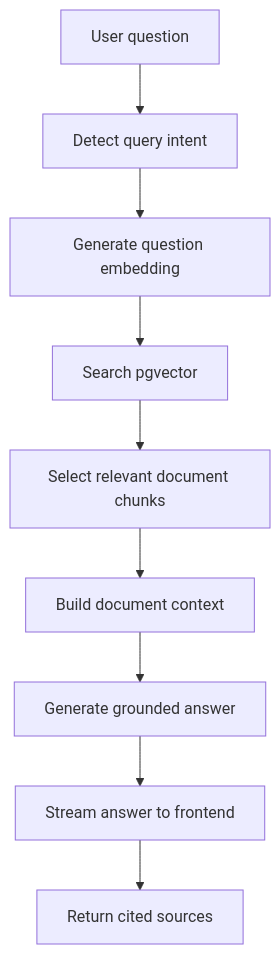
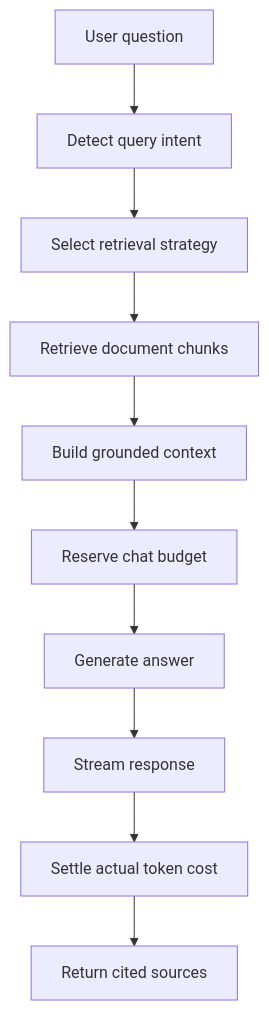
One commit to AraMatevosyan/ai-klowledge-base changed the third of 4 diagrams in README.md. Above: the diagram before and after it, drawn with Mermaid. The commit also changed other lines of this file, not shown here.

````diff
--- a/README.md
+++ b/README.md
@@ -173,11 +296,12 @@
 ```mermaid
 flowchart TD
     Question["User question"] --> Intent["Detect query intent"]
-    Intent --> QueryEmbedding["Generate question embedding"]
-    QueryEmbedding --> Search["Search pgvector"]
-    Search --> Retrieval["Select relevant document chunks"]
-    Retrieval --> Context["Build document context"]
-    Context --> LLM["Generate grounded answer"]
-    LLM --> Stream["Stream answer to frontend"]
-    Stream --> Sources["Return cited sources"]
+    Intent --> Retrieval["Select retrieval strategy"]
+    Retrieval --> Search["Retrieve document chunks"]
+    Search --> Context["Build grounded context"]
+    Context --> Reserve["Reserve chat budget"]
+    Reserve --> LLM["Generate answer"]
+    LLM --> Stream["Stream response"]
+    Stream --> Settle["Settle actual token cost"]
+    Settle --> Sources["Return cited sources"]
 ```
````
